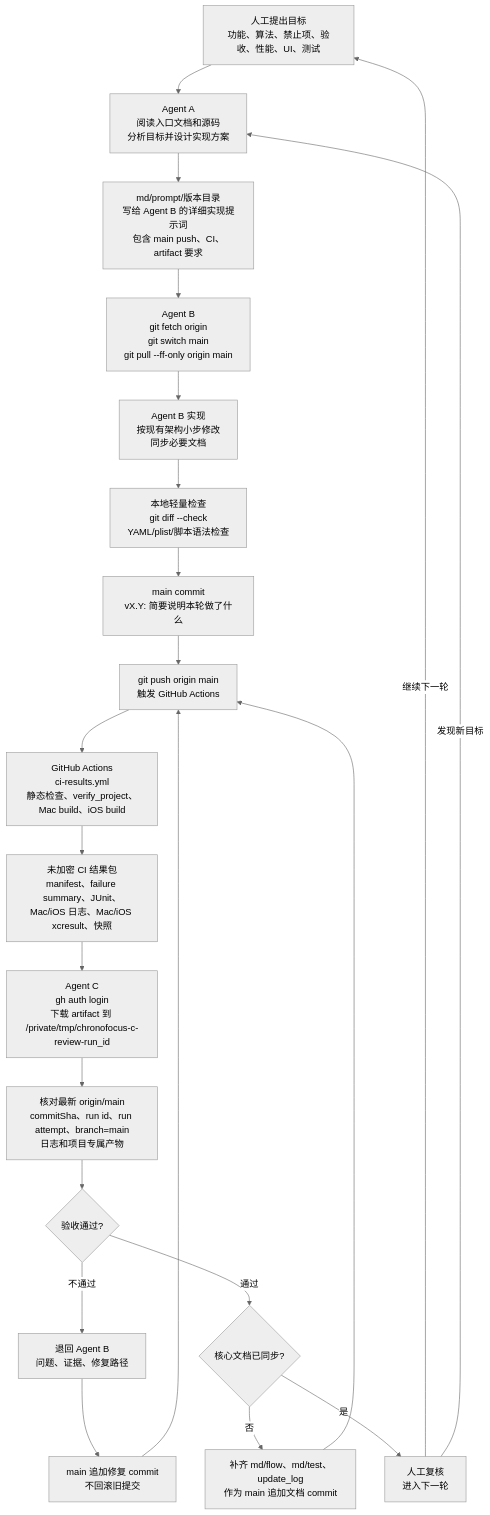
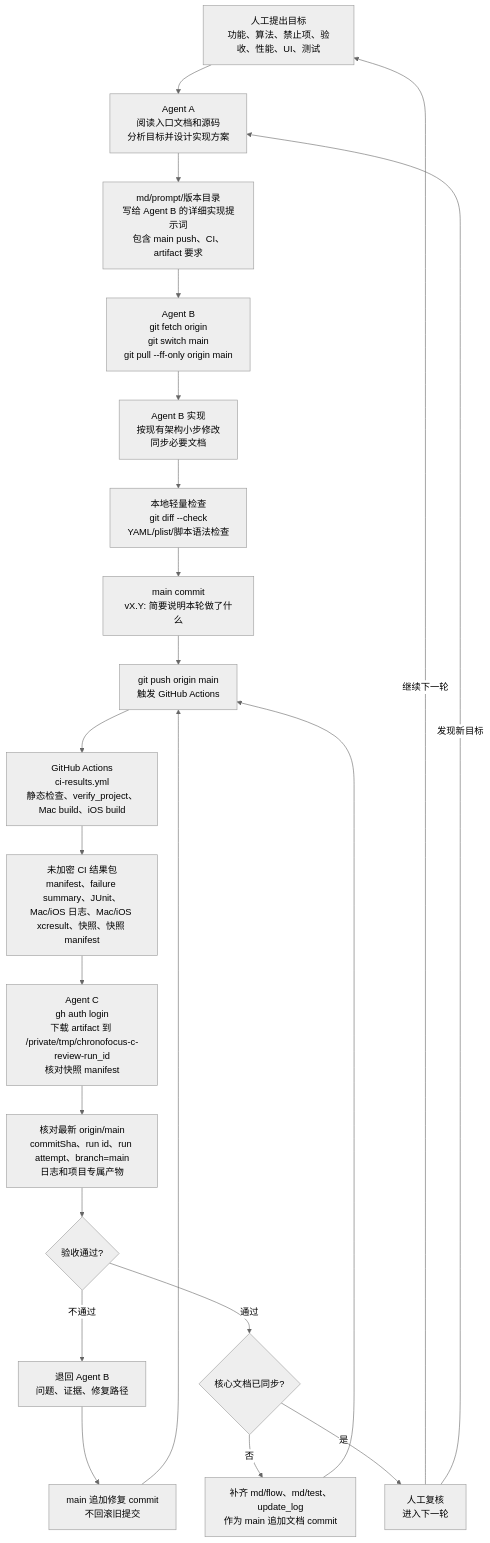
The fifth of 6 diagrams in md/flow/flowchart.md (Altman-sam114/114), drawn with Mermaid (neutral theme) before and after one commit. The commit also changed other lines of this file and 10 other files, not shown here.

````diff
--- a/md/flow/flowchart.md
+++ b/md/flow/flowchart.md
@@ -101,24 +102,24 @@
 ```mermaid
 flowchart TD
   H["人工提出目标<br/>功能、算法、禁止项、验收、性能、UI、测试"] --> A["Agent A<br/>阅读入口文档和源码<br/>分析目标并设计实现方案"]
   A --> P["md/prompt/版本目录<br/>写给 Agent B 的详细实现提示词<br/>包含 main push、CI、artifact 要求"]
   P --> B0["Agent B<br/>git fetch origin<br/>git switch main<br/>git pull --ff-only origin main"]
   B0 --> B1["Agent B 实现<br/>按现有架构小步修改<br/>同步必要文档"]
   B1 --> L["本地轻量检查<br/>git diff --check<br/>YAML/plist/脚本语法检查"]
   L --> G["main commit<br/>vX.Y: 简要说明本轮做了什么"]
   G --> PUSH["git push origin main<br/>触发 GitHub Actions"]
   PUSH --> CI["GitHub Actions<br/>ci-results.yml<br/>静态检查、verify_project、Mac build、iOS build"]
-  CI --> ART["未加密 CI 结果包<br/>manifest、failure summary、JUnit、Mac/iOS 日志、Mac/iOS xcresult、快照"]
-  ART --> C["Agent C<br/>gh auth login<br/>下载 artifact 到 /private/tmp/chronofocus-c-review-run_id"]
+  CI --> ART["未加密 CI 结果包<br/>manifest、failure summary、JUnit、Mac/iOS 日志、Mac/iOS xcresult、快照、快照 manifest"]
+  ART --> C["Agent C<br/>gh auth login<br/>下载 artifact 到 /private/tmp/chronofocus-c-review-run_id<br/>核对快照 manifest"]
   C --> V["核对最新 origin/main<br/>commitSha、run id、run attempt、branch=main<br/>日志和项目专属产物"]
   V --> PASS{"验收通过?"}
   PASS -->|不通过| BACK["退回 Agent B<br/>问题、证据、修复路径"]
   BACK --> FIX["main 追加修复 commit<br/>不回滚旧提交"]
   FIX --> PUSH
   PASS -->|通过| DOC{"核心文档已同步?"}
   DOC -->|否| D["补齐 md/flow、md/test、update_log<br/>作为 main 追加文档 commit"]
   D --> PUSH
   DOC -->|是| J["人工复核<br/>进入下一轮"]
   J -->|继续下一轮| H
   J -->|发现新目标| A
 ```
````
